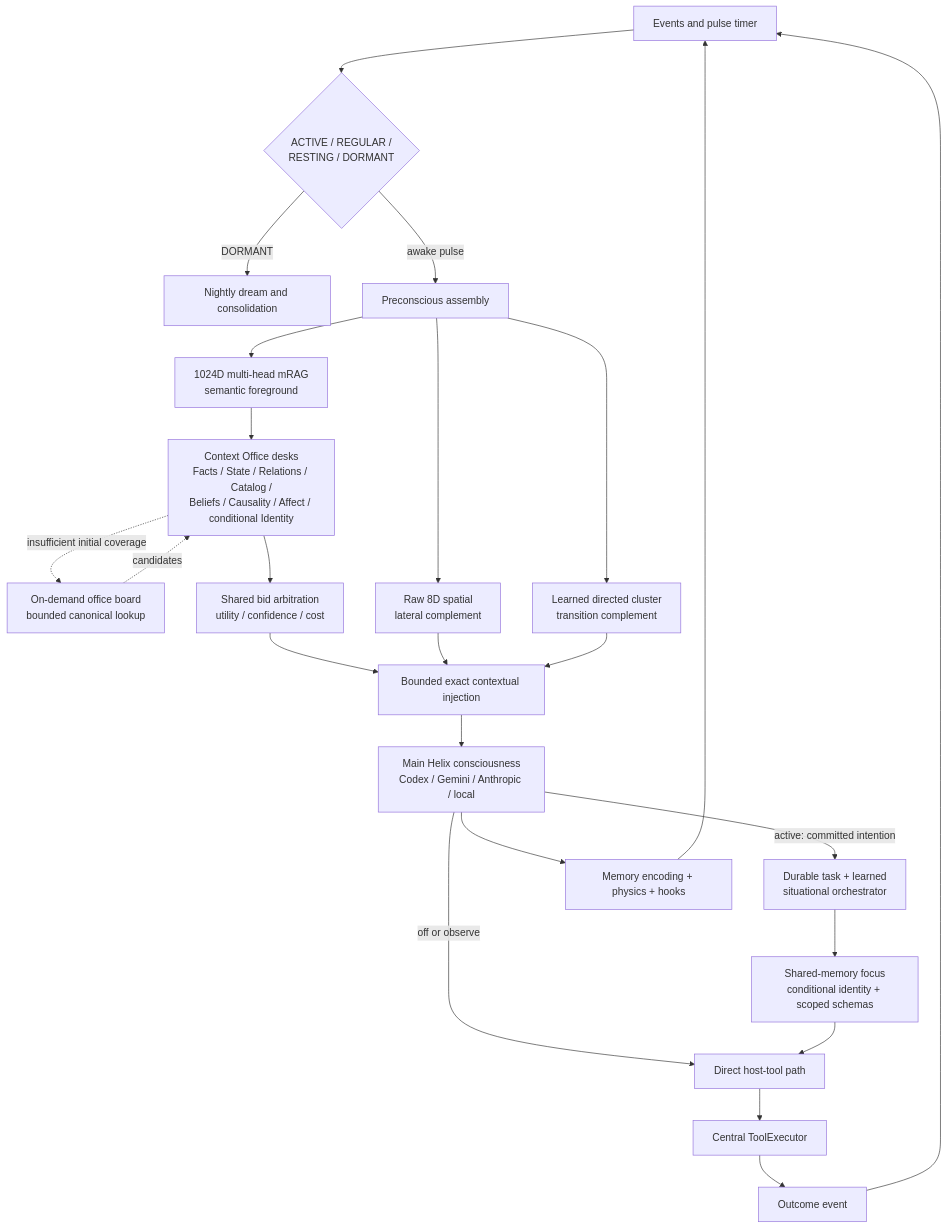
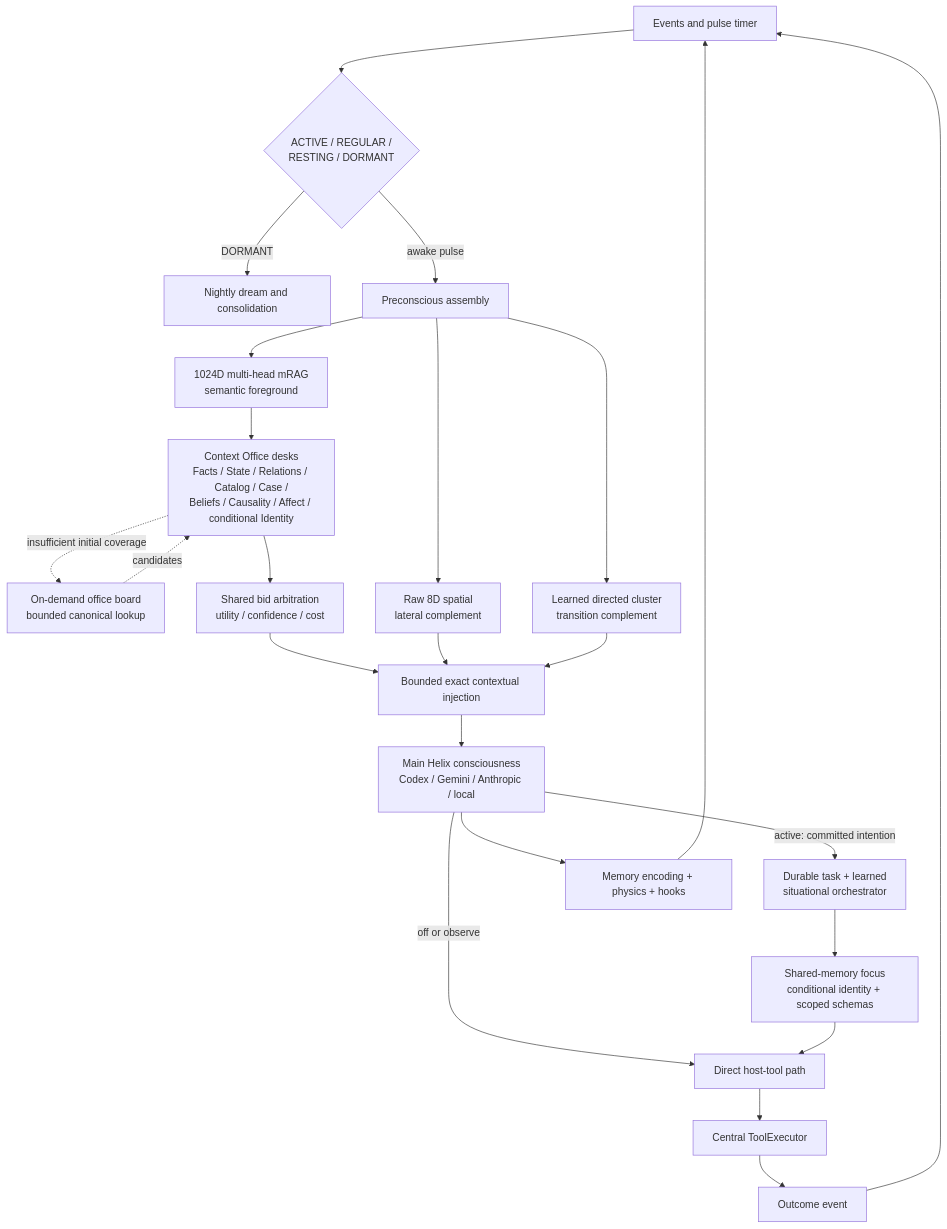
Before and after one commit to munch2u-a11y/Helix-AGI: the diagram in README.md, drawn with Mermaid. The commit also changed other lines of this file and 14 other files, not shown here.

````diff
--- a/README.md
+++ b/README.md
@@ -20,26 +20,26 @@
 ```mermaid
 flowchart TD
     A[Events and pulse timer] --> B{ACTIVE / REGULAR /<br/>RESTING / DORMANT}
     B -->|DORMANT| C[Nightly dream and consolidation]
     B -->|awake pulse| P[Preconscious assembly]
     P --> M[1024D multi-head mRAG<br/>semantic foreground]
-    M --> O[Context Office desks<br/>Facts / State / Relations / Catalog /<br/>Beliefs / Causality / Affect / conditional Identity]
+    M --> O[Context Office desks<br/>Facts / State / Relations / Catalog / Case /<br/>Beliefs / Causality / Affect / conditional Identity]
     O -. insufficient initial coverage .-> Q[On-demand office board<br/>bounded canonical lookup]
     Q -. candidates .-> O
     O --> V[Shared bid arbitration<br/>utility / confidence / cost]
     P --> S[Raw 8D spatial<br/>lateral complement]
     P --> R[Learned directed cluster<br/>transition complement]
     V --> I[Bounded exact contextual injection]
     S --> I
     R --> I
     I --> H[Main Helix consciousness<br/>Codex / Gemini / Anthropic / local]
     H -->|off or observe| X[Direct host-tool path]
     H -->|active: committed intention| T[Durable task + learned<br/>situational orchestrator]
     T --> F[Shared-memory focus<br/>conditional identity + scoped schemas]
     F --> X
     X --> E[Central ToolExecutor]
     E --> U[Outcome event]
     H --> K[Memory encoding + physics + hooks]
     U --> A
     K --> A
 ```
````
